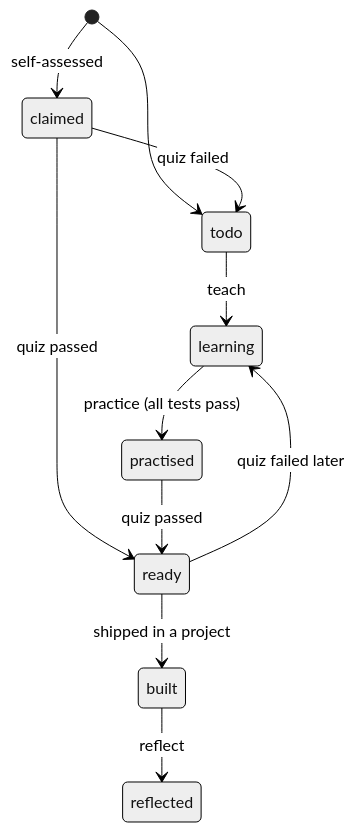
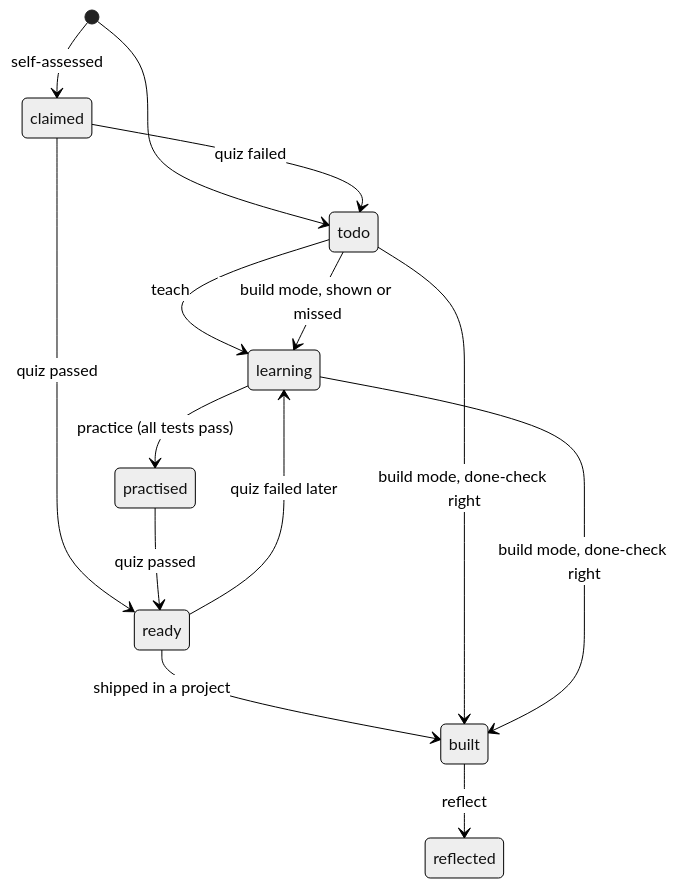
Before and after one commit to rafagomes/learning-workflow: the third of 3 diagrams in docs/WORKFLOW.md, drawn with Mermaid (neutral theme). The commit also changed other lines of this file and 5 other files, not shown here.

Commit message:
docs: build-mode exception in CONTRIBUTING and the per-repo policy template; status edges

````diff
--- a/docs/WORKFLOW.md
+++ b/docs/WORKFLOW.md
@@ -97,13 +97,16 @@
 ```mermaid
 stateDiagram-v2
     [*] --> todo
     [*] --> claimed: self-assessed
     claimed --> ready: quiz passed
     claimed --> todo: quiz failed
     todo --> learning: teach
     learning --> practised: practice (all tests pass)
     practised --> ready: quiz passed
     ready --> built: shipped in a project
     built --> reflected: reflect
+    todo --> built: build mode, done-check right
+    todo --> learning: build mode, shown or missed
+    learning --> built: build mode, done-check right
     ready --> learning: quiz failed later
 ```
````
